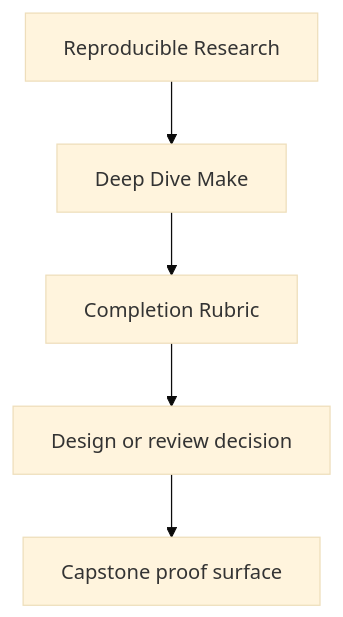
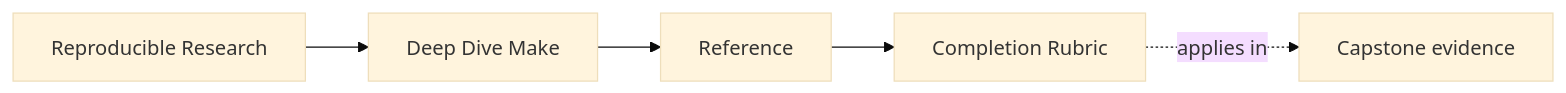
The first of 2 diagrams in programs/reproducible-research/deep-dive-make/course-book/reference/completion-rubric.md (bijux/bijux-masterclass), drawn with Mermaid (base theme) before and after one commit. The commit also changed other lines of this file and 146 other files, not shown here.

Commit message:
docs(deep-dive-make): map build truth and release review surfaces

````diff
--- a/programs/reproducible-research/deep-dive-make/course-book/reference/completion-rubric.md
+++ b/programs/reproducible-research/deep-dive-make/course-book/reference/completion-rubric.md
@@ -7,7 +7,11 @@
 ```mermaid
-flowchart TD
-  family["Reproducible Research"] --> program["Deep Dive Make"]
-  program --> reference["Completion Rubric"]
-  reference --> review["Design or review decision"]
-  review --> capstone["Capstone proof surface"]
+graph LR
+  family["Reproducible Research"]
+  program["Deep Dive Make"]
+  section["Reference"]
+  page["Completion Rubric"]
+  capstone["Capstone evidence"]
+
+  family --> program --> section --> page
+  page -.applies in.-> capstone
 ```
````
